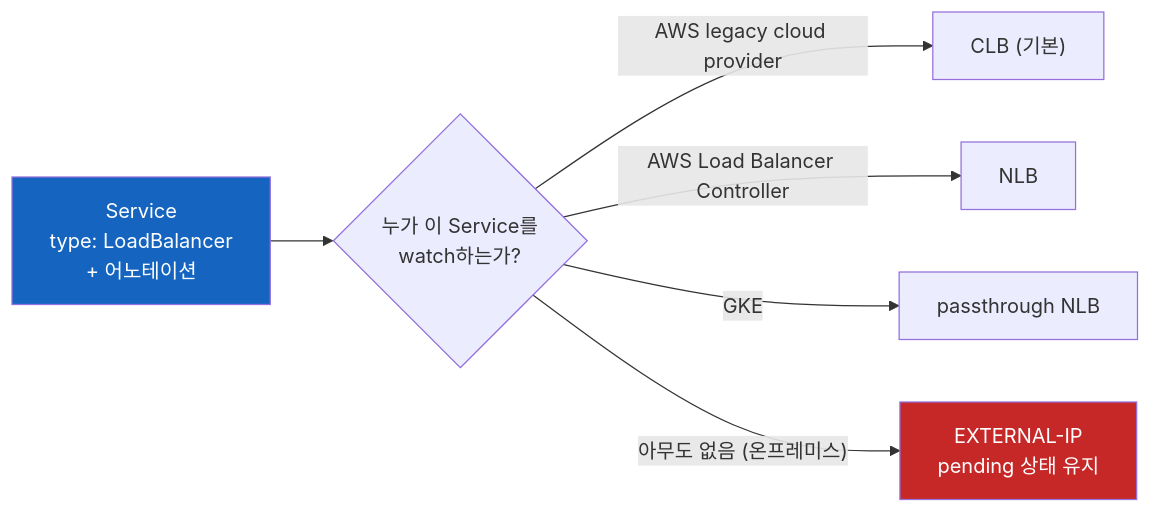
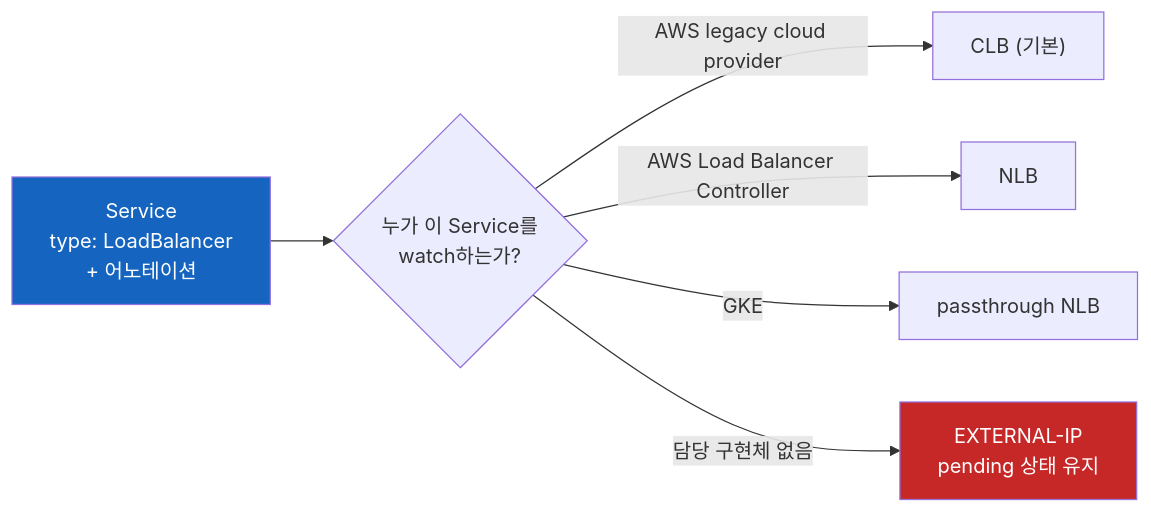
One commit to sskim91/TIL changed the diagram in kubernetes/Kubernetes-Service-LoadBalancer-Cloud.md. Above: the diagram before and after it, drawn with Mermaid. The commit also changed other lines of this file and 39 other files, not shown here.

````diff
--- a/kubernetes/Kubernetes-Service-LoadBalancer-Cloud.md
+++ b/kubernetes/Kubernetes-Service-LoadBalancer-Cloud.md
@@ -19,11 +15,11 @@
 ```mermaid
 flowchart LR
     SVC["Service<br>type: LoadBalancer<br>+ 어노테이션"] --> Q{"누가 이 Service를<br>watch하는가?"}
     Q -->|"AWS legacy cloud provider"| CLB["CLB (기본)"]
     Q -->|"AWS Load Balancer Controller"| NLB["NLB"]
     Q -->|"GKE"| GLB["passthrough NLB"]
-    Q -->|"아무도 없음 (온프레미스)"| PEND["EXTERNAL-IP<br>pending 상태 유지"]
+    Q -->|"담당 구현체 없음"| PEND["EXTERNAL-IP<br>pending 상태 유지"]
 
     style SVC fill:#1565C0,color:#fff
     style PEND fill:#C62828,color:#fff
 ```
````
